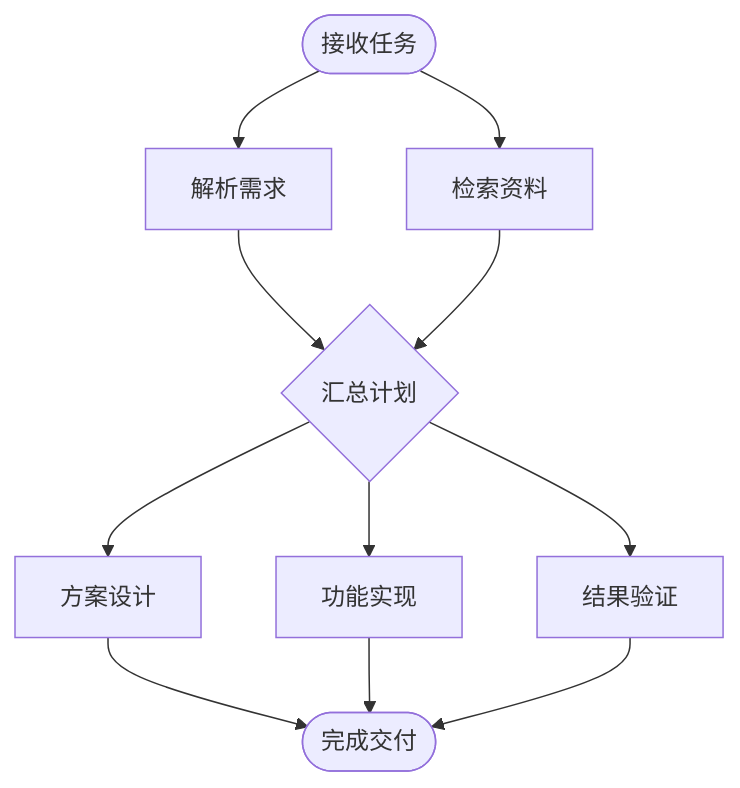
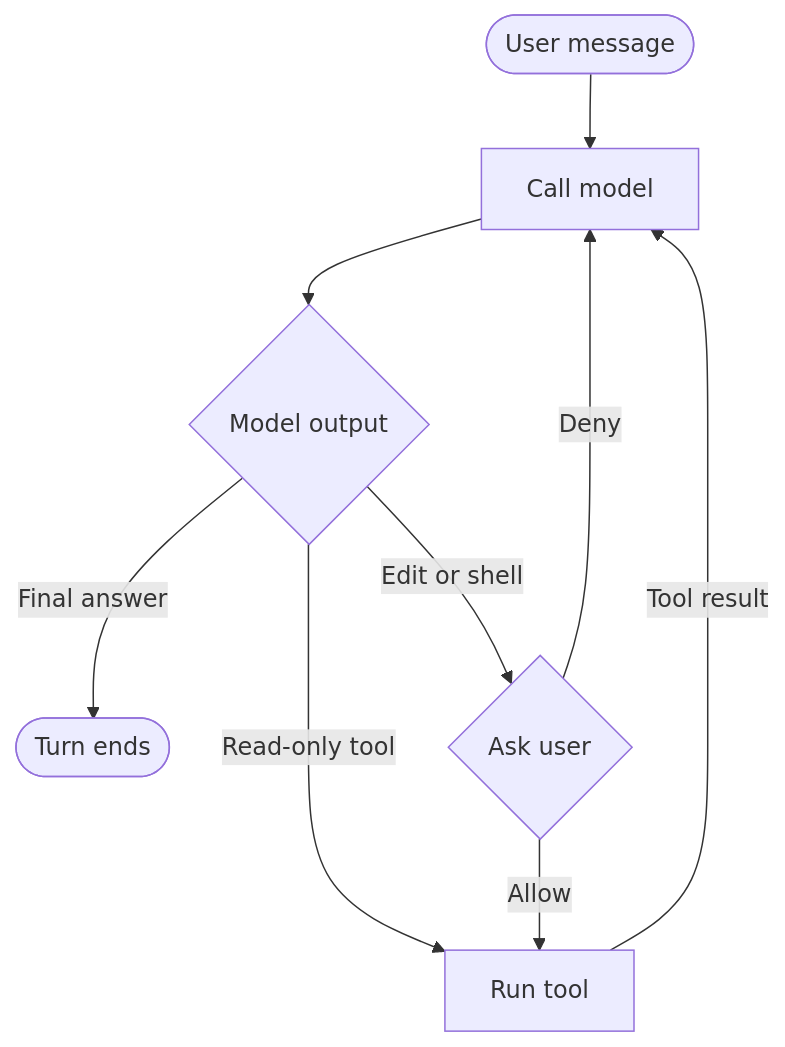
Before and after one commit to Colafornia/maka-agent: the diagram in docs/assets/issue-6257/flow.md, drawn with Mermaid. The commit also changed other lines of this file and 17 other files, not shown here.

First line of the commit message:
docs(ui): re-capture diagram comparisons in English

````diff
--- a/docs/assets/issue-6257/flow.md
+++ b/docs/assets/issue-6257/flow.md
@@ -20,13 +19,11 @@
 ```mermaid
 flowchart TD
-  A([接收任务]) --> B[解析需求]
-  A --> C[检索资料]
-  B --> D{汇总计划}
-  C --> D
-  D --> E[方案设计]
-  D --> F[功能实现]
-  D --> G[结果验证]
-  E --> H([完成交付])
-  F --> H
-  G --> H
+  A([User message]) --> B[Call model]
+  B --> C{Model output}
+  C -->|Final answer| D([Turn ends])
+  C -->|Read-only tool| E[Run tool]
+  C -->|Edit or shell| F{Ask user}
+  F -->|Allow| E
+  F -->|Deny| B
+  E -->|Tool result| B
 ```
````
